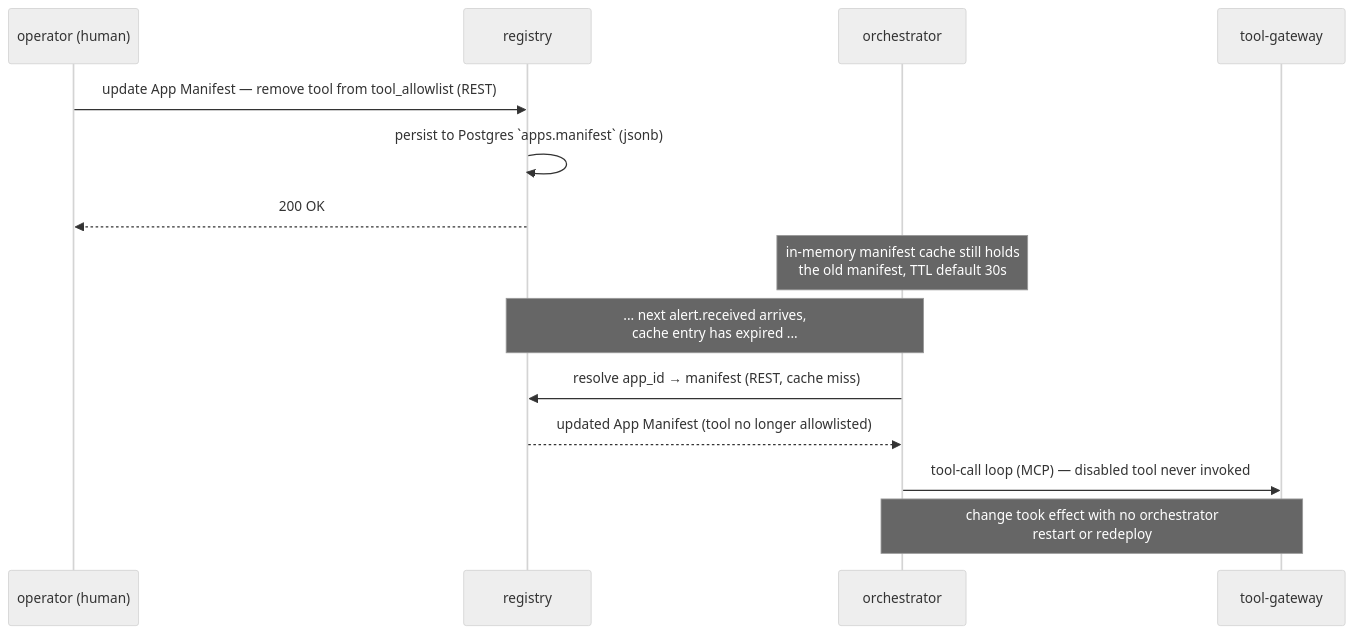
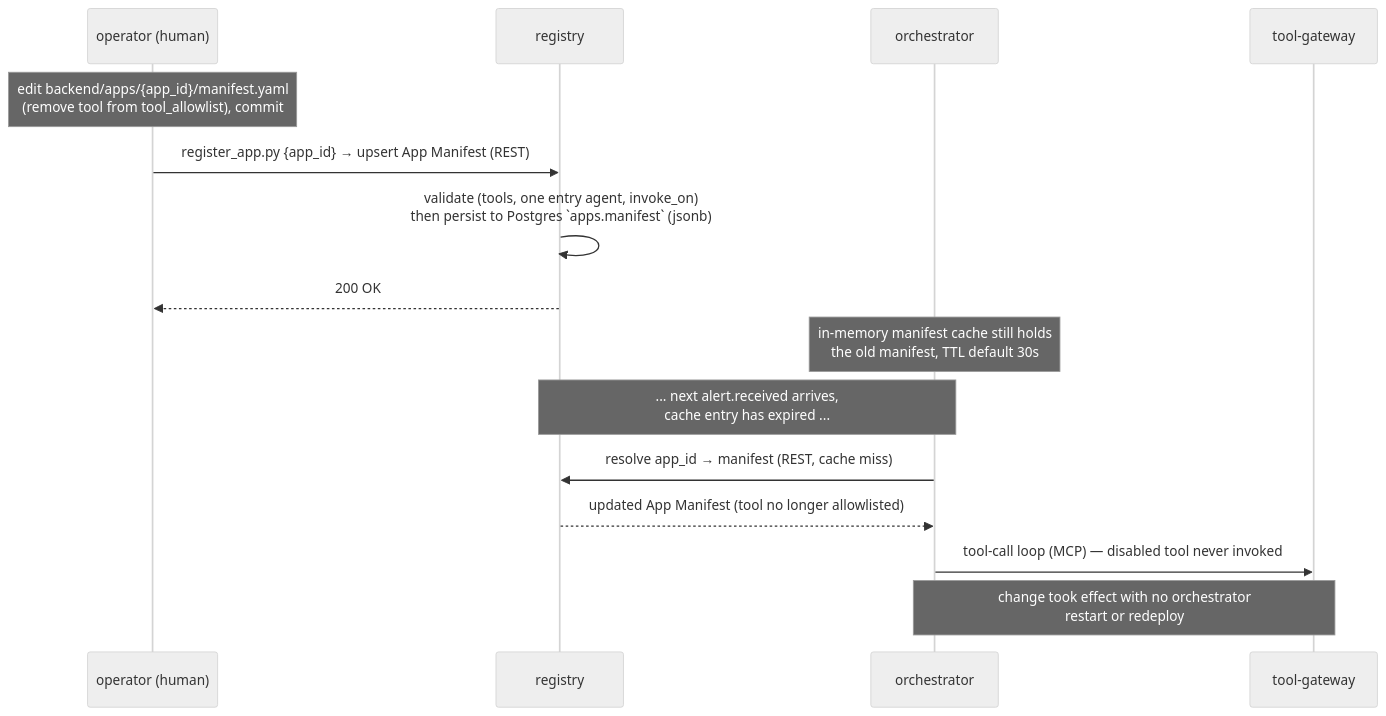
Before and after one commit to SrikanthArgp/agentic-platform: the third of 4 diagrams in docs/sequence_diagram.md, drawn with Mermaid (neutral theme). The commit also changed other lines of this file and 20 other files, not shown here.

````diff
--- a/docs/sequence_diagram.md
+++ b/docs/sequence_diagram.md
@@ -139,21 +148,22 @@
 ```mermaid
 sequenceDiagram
     participant Operator as operator (human)
     participant Registry as registry
     participant Orchestrator as orchestrator
     participant ToolGateway as tool-gateway
 
-    Operator->>Registry: update App Manifest — remove tool from tool_allowlist (REST)
-    Registry->>Registry: persist to Postgres `apps.manifest` (jsonb)
+    Note over Operator: edit backend/apps/{app_id}/manifest.yaml<br/>(remove tool from tool_allowlist), commit
+    Operator->>Registry: register_app.py {app_id} → upsert App Manifest (REST)
+    Registry->>Registry: validate (tools, one entry agent, invoke_on)<br/>then persist to Postgres `apps.manifest` (jsonb)
     Registry-->>Operator: 200 OK
 
     Note over Orchestrator: in-memory manifest cache still holds<br/>the old manifest, TTL default 30s
 
     Note over Orchestrator,Registry: ... next alert.received arrives,<br/>cache entry has expired ...
 
     Orchestrator->>Registry: resolve app_id → manifest (REST, cache miss)
     Registry-->>Orchestrator: updated App Manifest (tool no longer allowlisted)
 
     Orchestrator->>ToolGateway: tool-call loop (MCP) — disabled tool never invoked
     Note over Orchestrator,ToolGateway: change took effect with no orchestrator<br/>restart or redeploy
 ```
````
